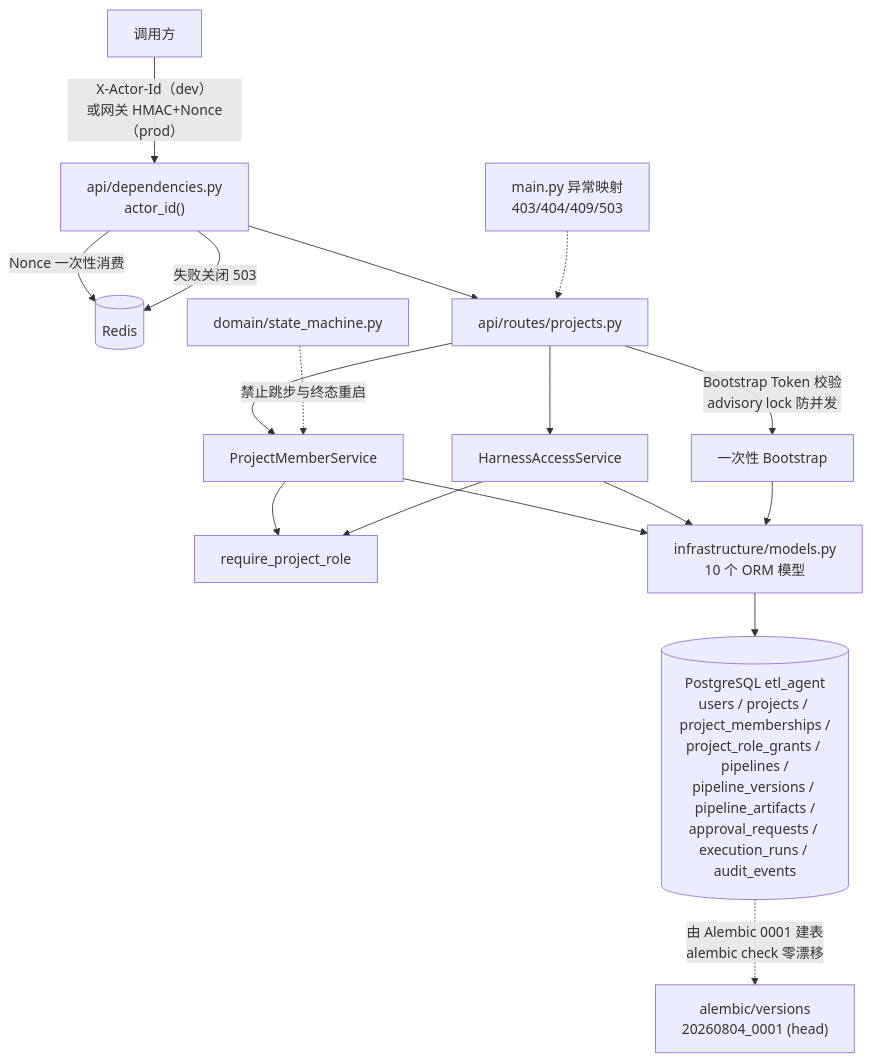
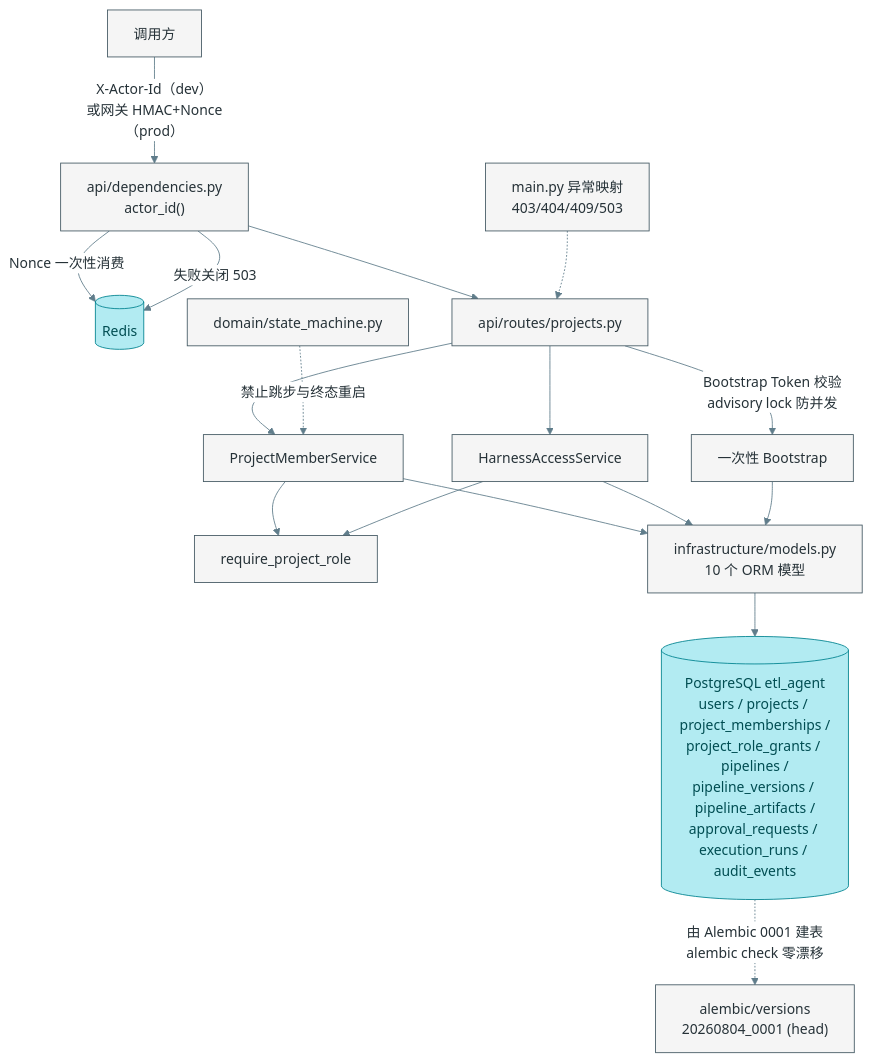
Before and after one commit to ciwuzhi1/etl_agent_demo: the third of 9 diagrams in docs/实现步骤与架构图.md, drawn with Mermaid. The commit also changed other lines of this file and 65 other files, not shown here.

````diff
--- a/docs/实现步骤与架构图.md
+++ b/docs/实现步骤与架构图.md
@@ -130,19 +165,22 @@
 ```mermaid
+%%{init: {'theme':'base', 'themeVariables': {'background':'#ffffff','primaryColor':'#f5f5f5','primaryBorderColor':'#455a64','primaryTextColor':'#263238','secondaryColor':'#e8f5e9','tertiaryColor':'#e3f2fd','lineColor':'#607d8b','edgeLabelBackground':'#ffffff','actorBkg':'#f5f5f5','actorBorder':'#455a64','actorTextColor':'#263238','signalColor':'#37474f','signalTextColor':'#263238','labelBoxBkgColor':'#eceff1','labelTextColor':'#263238','noteBkgColor':'#fff9c4','noteBorderColor':'#f9a825','noteTextColor':'#5d4037','sequenceNumberColor':'#ffffff'}}}%%
 flowchart TB
     C["调用方"] -->|"X-Actor-Id（dev）<br/>或网关 HMAC+Nonce（prod）"| DEP["api/dependencies.py<br/>actor_id()"]
-    DEP -->|"Nonce 一次性消费"| RD[("Redis")]
+    DEP -->|"Nonce 一次性消费"| RD[("Redis")]:::store
     DEP -->|"失败关闭 503"| RD
     DEP --> R["api/routes/projects.py"]
     R -->|"Bootstrap Token 校验<br/>advisory lock 防并发"| SVC1["一次性 Bootstrap"]
     R --> SVC2["ProjectMemberService"]
     R --> SVC3["HarnessAccessService"]
     SVC2 --> PROF["require_project_role"]
     SVC3 --> PROF
     SVC2 --> M["infrastructure/models.py<br/>10 个 ORM 模型"]
     SVC3 --> M
     SVC1 --> M
-    M --> T[("PostgreSQL etl_agent<br/>users / projects / project_memberships /<br/>project_role_grants / pipelines /<br/>pipeline_versions / pipeline_artifacts /<br/>approval_requests / execution_runs / audit_events")]
+    M --> T[("PostgreSQL etl_agent<br/>users / projects / project_memberships /<br/>project_role_grants / pipelines /<br/>pipeline_versions / pipeline_artifacts /<br/>approval_requests / execution_runs / audit_events")]:::store
     T -.->|"由 Alembic 0001 建表<br/>alembic check 零漂移"| ALE["alembic/versions<br/>20260804_0001 (head)"]
     SM["domain/state_machine.py"] -.->|"禁止跳步与终态重启"| SVC2
     EH["main.py 异常映射<br/>403/404/409/503"] -.-> R
+
+    classDef store fill:#b2ebf2,stroke:#00838f,color:#004d52;
 ```
````
